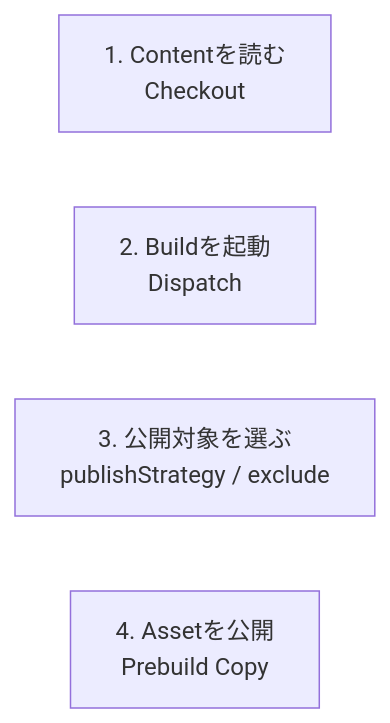
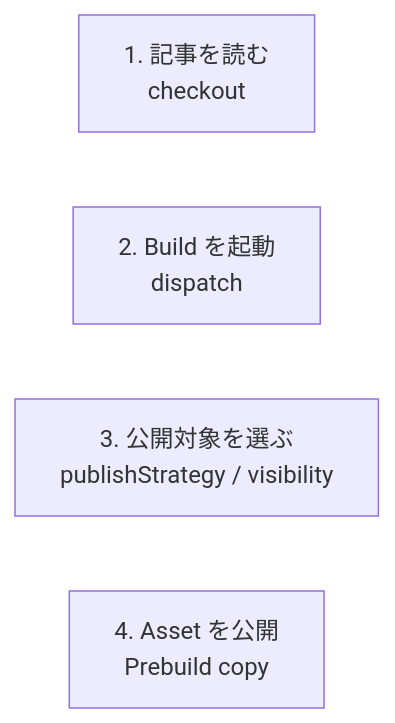
Before and after one commit to Rerurate514/riebeckite: the tenth of 10 diagrams in docs/docs/guides/content-repositories.ja.md, drawn with Mermaid. The commit also changed other lines of this file and 3 other files, not shown here.

````diff
--- a/docs/docs/guides/content-repositories.ja.md
+++ b/docs/docs/guides/content-repositories.ja.md
@@ -1070,7 +579,7 @@
 ```mermaid
 flowchart LR
-    Read["1. Contentを読む<br/>Checkout"]
-    Trigger["2. Buildを起動<br/>Dispatch"]
-    Publish["3. 公開対象を選ぶ<br/>publishStrategy / exclude"]
-    Assets["4. Assetを公開<br/>Prebuild Copy"]
+    Read["1. 記事を読む<br/>checkout"]
+    Trigger["2. Build を起動<br/>dispatch"]
+    Publish["3. 公開対象を選ぶ<br/>publishStrategy / visibility"]
+    Assets["4. Asset を公開<br/>Prebuild copy"]
 ```
````
